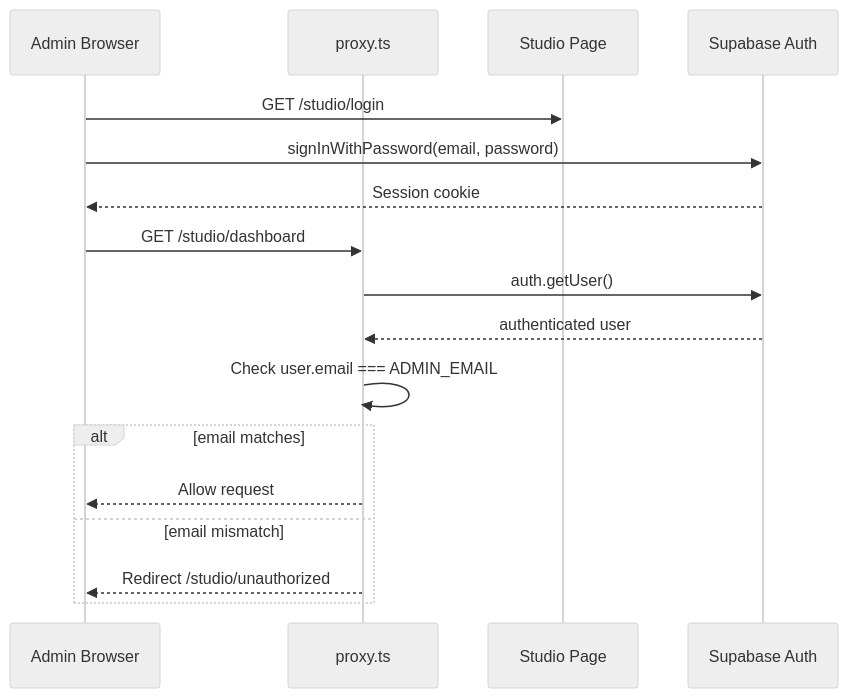
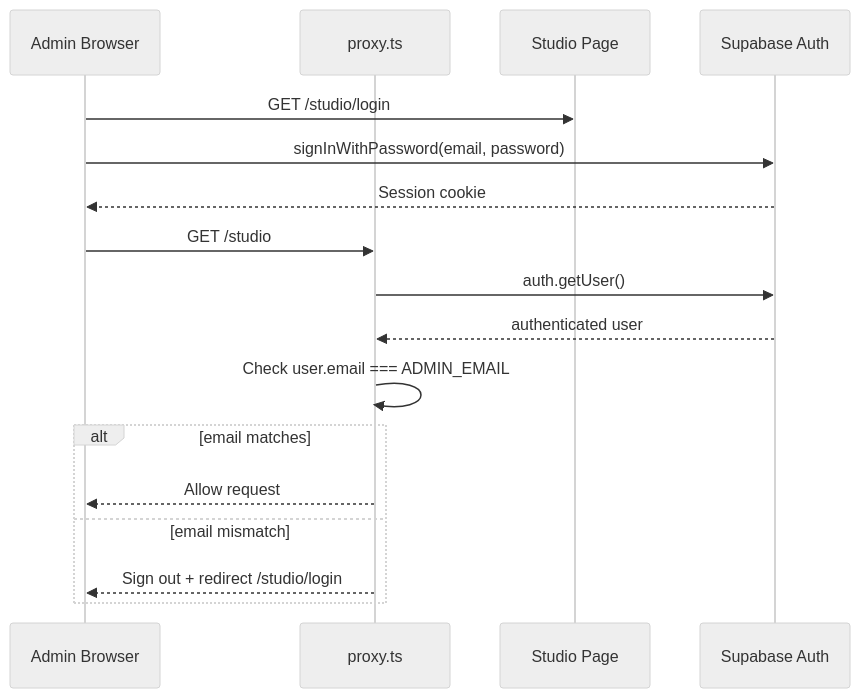
The third of 10 diagrams in docs/02_ARCHITECTURE.md (vinoslwly/celebrate-florist), drawn with Mermaid (neutral theme) before and after one commit. The commit also changed other lines of this file and 47 other files, not shown here.

````diff
--- a/docs/02_ARCHITECTURE.md
+++ b/docs/02_ARCHITECTURE.md
@@ -184,20 +197,20 @@
 ```mermaid
 sequenceDiagram
     participant A as Admin Browser
     participant P as proxy.ts
     participant ST as Studio Page
     participant SB as Supabase Auth
 
     A->>ST: GET /studio/login
     A->>SB: signInWithPassword(email, password)
     SB-->>A: Session cookie
-    A->>P: GET /studio/dashboard
+    A->>P: GET /studio
     P->>SB: auth.getUser()
     SB-->>P: authenticated user
     P->>P: Check user.email === ADMIN_EMAIL
     alt email matches
         P-->>A: Allow request
     else email mismatch
-        P-->>A: Redirect /studio/unauthorized
+        P-->>A: Sign out + redirect /studio/login
     end
 ```
````
